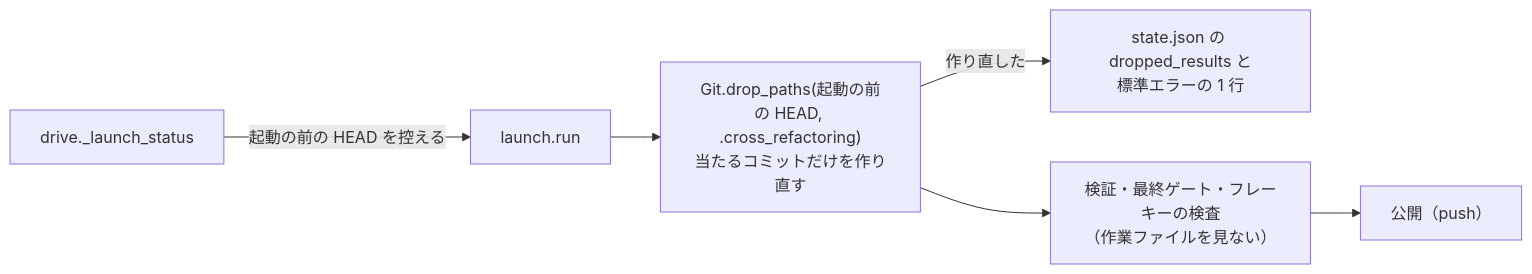
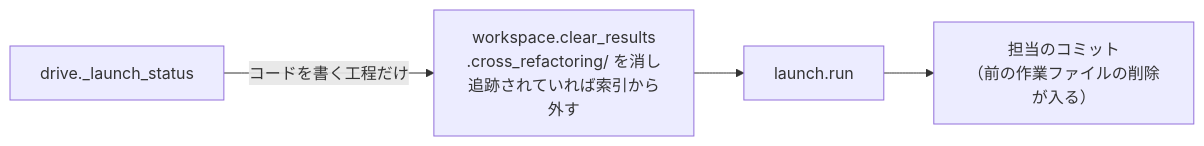
Before and after one commit to devbasex/ai-plugins: the second of 2 diagrams in issues/issue-3500-design.md, drawn with Mermaid. The commit also changed other lines of this file and 2 other files, not shown here.

First line of the commit message:
Docs: #3500 の設計を設計承認ゲートの回答で最小の形へ書き直す（起動の前に .cross_refactoring/ を片付け、コミットの作り直しをやめる）

````diff
--- a/issues/issue-3500-design.md
+++ b/issues/issue-3500-design.md
@@ -44,8 +32,6 @@
 ```mermaid
 flowchart LR
-  D["drive._launch_status"] -->|"起動の前の HEAD を控える"| L["launch.run"]
-  L --> R["Git.drop_paths(起動の前の HEAD, .cross_refactoring)<br/>当たるコミットだけを作り直す"]
-  R -->|"作り直した"| S["state.json の dropped_results と<br/>標準エラーの 1 行"]
-  R --> V["検証・最終ゲート・フレーキーの検査<br/>（作業ファイルを見ない）"]
-  V --> P["公開（push）"]
+  D["drive._launch_status"] -->|"コードを書く工程だけ"| C["workspace.clear_results<br/>.cross_refactoring/ を消し<br/>追跡されていれば索引から外す"]
+  C --> L["launch.run"]
+  L --> F["担当のコミット<br/>（前の作業ファイルの削除が入る）"]
 ```
````
